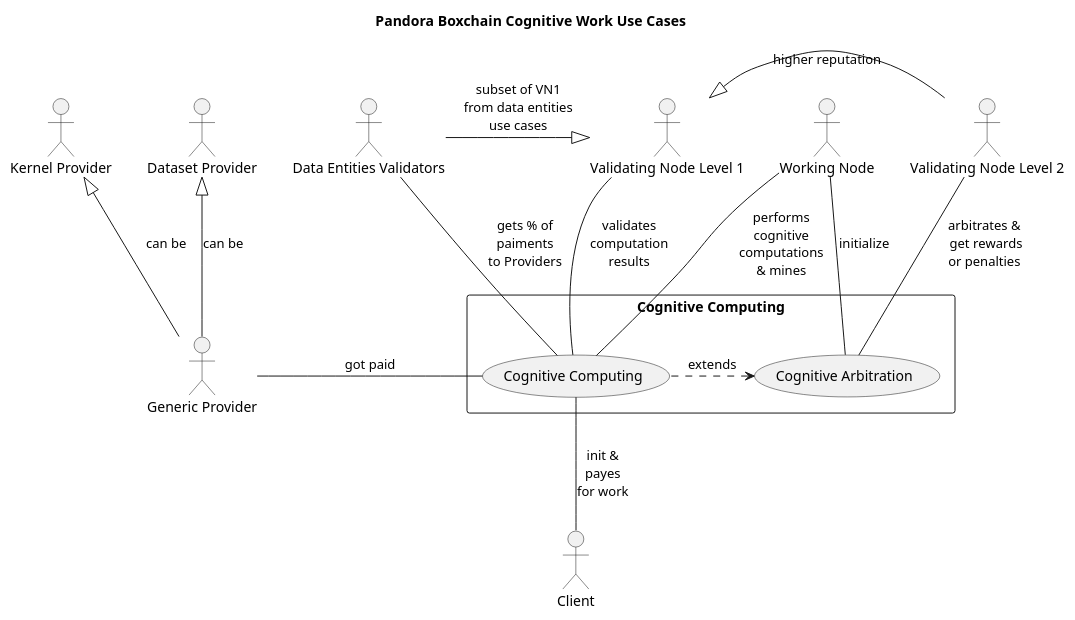
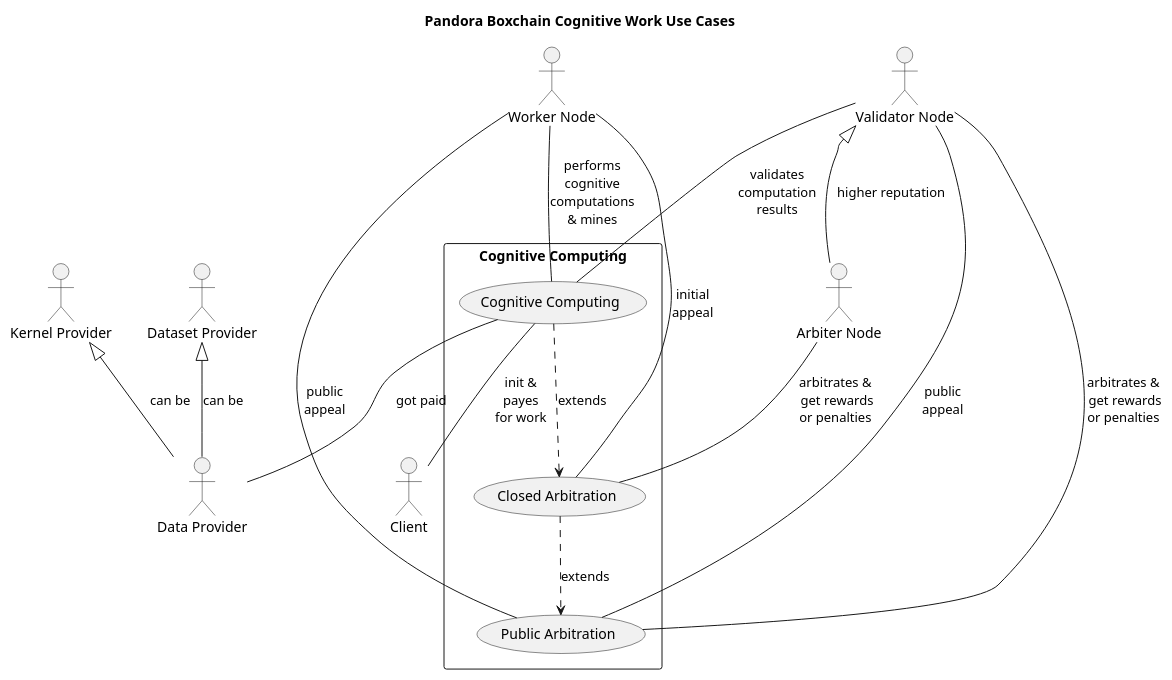
The diagram in use_cases_cognitive_work.plantuml (pandoraboxchain/pocw-techspecs), drawn with PlantUML before and after one commit.

```diff
--- a/use_cases_cognitive_work.plantuml
+++ b/use_cases_cognitive_work.plantuml
@@ -1,34 +1,36 @@
 @startuml
 skinparam packageStyle rectangle
 
 title Pandora Boxchain Cognitive Work Use Cases
 
-actor :Generic Provider: as GP
+actor :Data Provider: as GP
 actor :Kernel Provider: as KP
 actor :Dataset Provider: as DP
 actor :Client: as C
-actor :Working Node: as WN
-actor :Validating Node Level 1: as VN1
-actor :Validating Node Level 2: as VN2
-actor :Data Entities Validators: as DEV
+actor :Worker Node: as WN
+actor :Validator Node: as VN1
+actor :Arbiter Node: as VN2
 
 KP <|-- GP: can be
 DP <|-- GP: can be
 
-VN1 <|- VN2: higher reputation
-DEV -|> VN1: "subset of VN1\nfrom data entities\nuse cases"
+VN1 <|-- VN2: higher reputation
 
 rectangle "Cognitive Computing" {
   usecase (Cognitive Computing) as cognition
-  usecase (Cognitive Arbitration) as cognitiveArbitration
+  usecase (Closed Arbitration) as closedArbitration
+  usecase (Public Arbitration) as publicArbitration
 
-  cognition .l.> cognitiveArbitration: extends
+  cognition ..> closedArbitration: extends
+  closedArbitration ..> publicArbitration: extends
   (cognition) -- C: "init &\npayes\nfor work"
   WN -- (cognition): "performs\ncognitive\ncomputations\n& mines"
-  WN -- (cognitiveArbitration): initialize
+  WN -- (closedArbitration): initial\nappeal
   VN1 -- (cognition): "validates\ncomputation\nresults"
-  VN2 -- (cognitiveArbitration): "arbitrates &\n get rewards\nor penalties"
-  (cognition) -- DEV: "gets % of\npaiments\nto Providers"
-  (cognition) --l-- GP: got paid
+  VN2 -- (closedArbitration): "arbitrates &\n get rewards\nor penalties"
+  (cognition) -- GP: got paid
+  VN1 -- (publicArbitration): "arbitrates &\n get rewards\nor penalties"
+  WN -- (publicArbitration): public\nappeal
+  VN1 -- (publicArbitration): public\nappeal
 }
 @enduml
```
